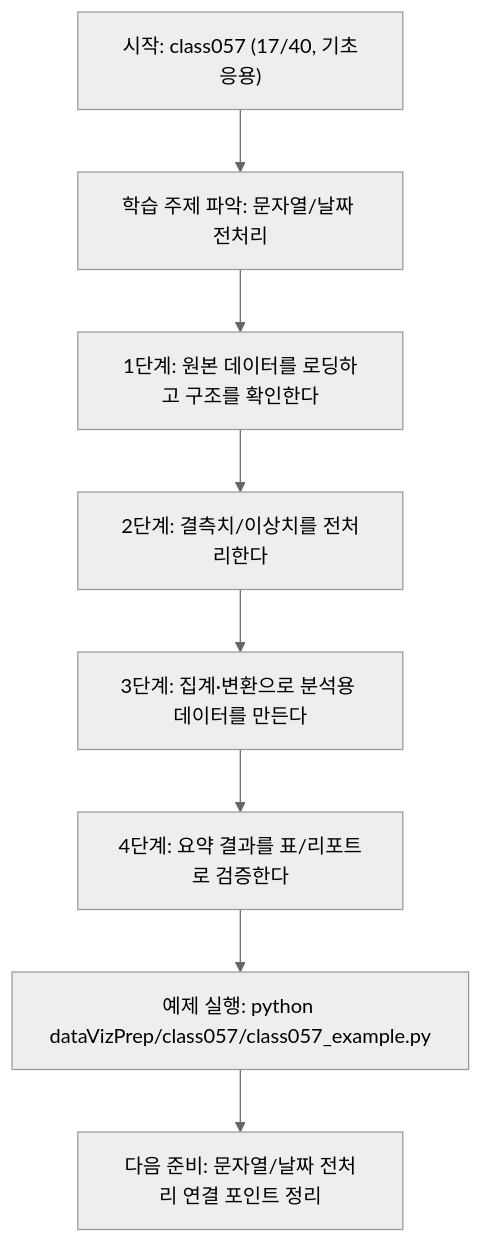
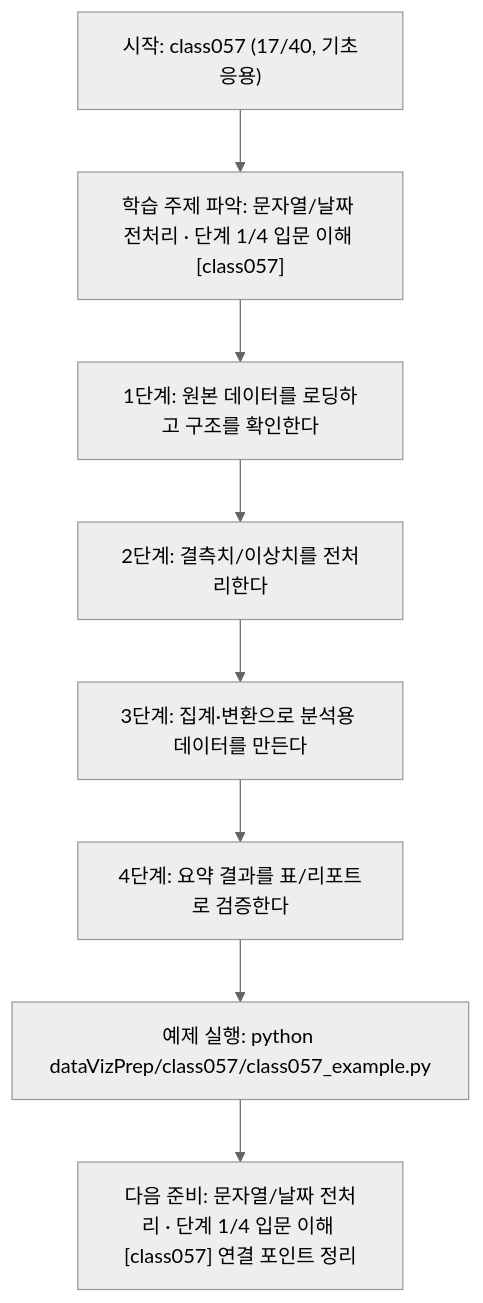
One commit to edumgt/Python-AI_Agent-Class changed the diagram in dataVizPrep/class057/class057.md. Above: the diagram before and after it, drawn with Mermaid (neutral theme). The commit also changed other lines of this file and 522 other files, not shown here.

````diff
--- a/dataVizPrep/class057/class057.md
+++ b/dataVizPrep/class057/class057.md
@@ -110,18 +111,18 @@
 ```mermaid
 flowchart TD
 N1["시작: class057 (17/40, 기초응용)"]
-N2["학습 주제 파악: 문자열/날짜 전처리"]
+N2["학습 주제 파악: 문자열/날짜 전처리 · 단계 1/4 입문 이해 [class057]"]
 N3["1단계: 원본 데이터를 로딩하고 구조를 확인한다"]
 N4["2단계: 결측치/이상치를 전처리한다"]
 N5["3단계: 집계·변환으로 분석용 데이터를 만든다"]
 N6["4단계: 요약 결과를 표/리포트로 검증한다"]
 N7["예제 실행: python dataVizPrep/class057/class057_example.py"]
-N8["다음 준비: 문자열/날짜 전처리 연결 포인트 정리"]
+N8["다음 준비: 문자열/날짜 전처리 · 단계 1/4 입문 이해 [class057] 연결 포인트 정리"]
 N1 --> N2
 N2 --> N3
 N3 --> N4
 N4 --> N5
 N5 --> N6
 N6 --> N7
 N7 --> N8
 ```
````
